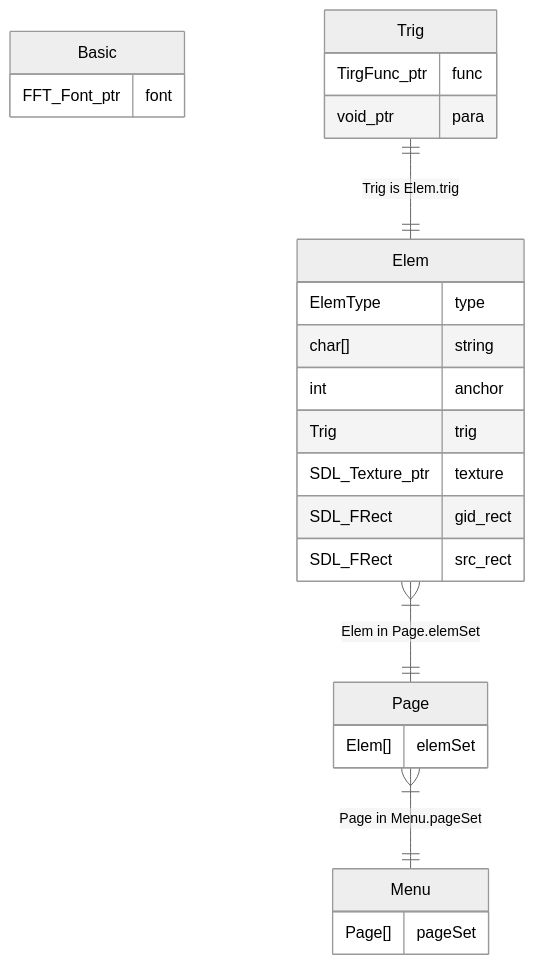
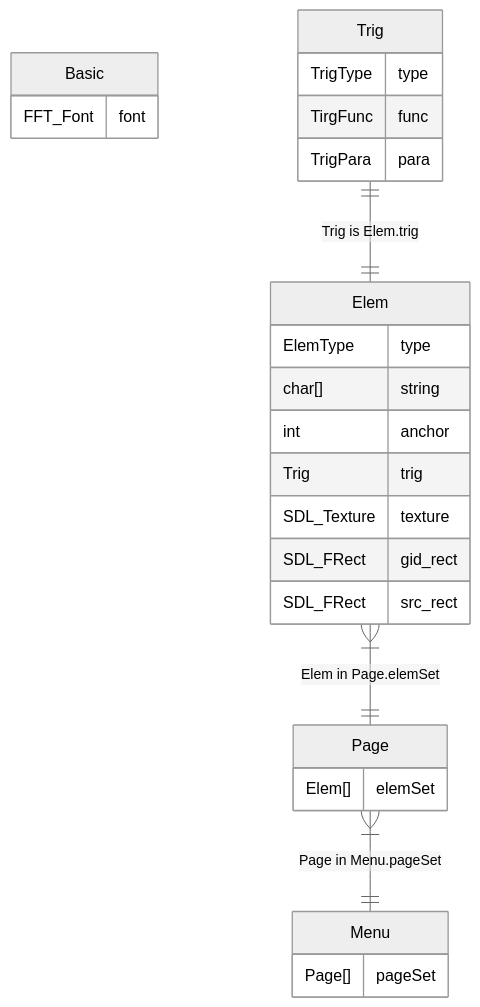
Before and after one commit to ShilianShen/Jasmin: the first of 2 diagrams in src/outer/tempo/README.md, drawn with Mermaid (neutral theme). The commit also changed 7 other files, not shown here.

````diff
--- a/src/outer/tempo/README.md
+++ b/src/outer/tempo/README.md
@@ -2,29 +2,30 @@
 ```mermaid
 erDiagram 
     Basic {
-        FFT_Font_ptr font
+        FFT_Font font
     }
     Trig {
-        TirgFunc_ptr func
-        void_ptr para
+        TrigType type
+        TirgFunc func
+        TrigPara para
     }
     Elem {
         ElemType type
         char[] string
         int anchor
         Trig trig
-        SDL_Texture_ptr texture
+        SDL_Texture texture
         SDL_FRect gid_rect
         SDL_FRect src_rect
     }
     Page {
         Elem[] elemSet
     }
     Menu {
         Page[] pageSet
     }
     Trig ||--|| Elem: "Trig is Elem.trig"
     Elem }|--|| Page: "Elem in Page.elemSet"
     Page }|--|| Menu: "Page in Menu.pageSet"
     
 ```
````
